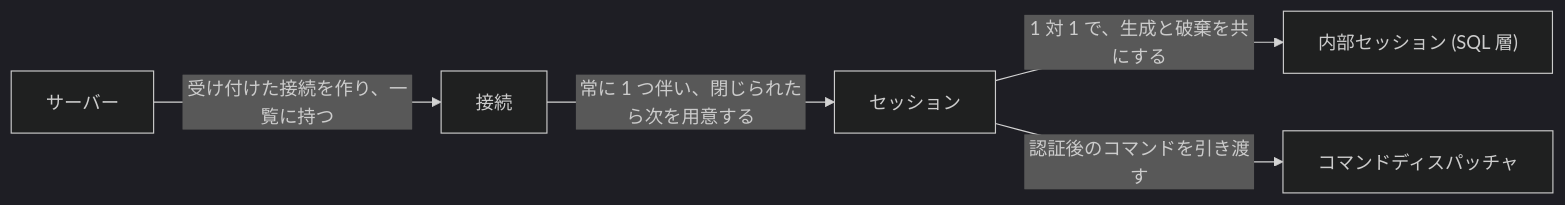
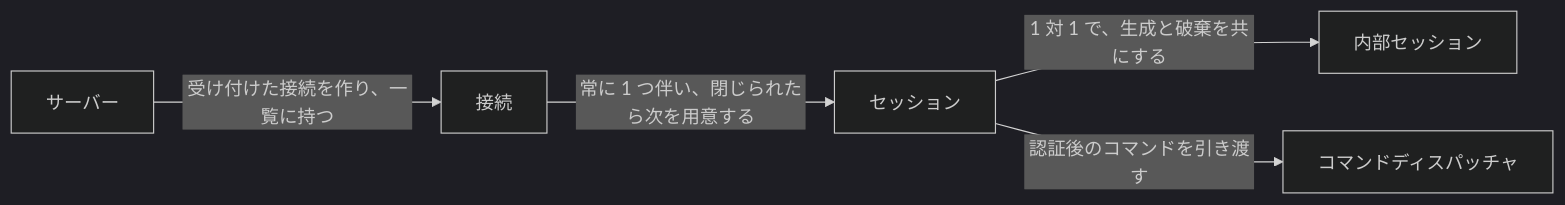
One commit to ren-yamanashi/minesql changed the first of 4 diagrams in docs/specification/connection/connection_handler.md. Above: the diagram before and after it, drawn with Mermaid (dark theme). The commit also changed 5 other files, not shown here.

````diff
--- a/docs/specification/connection/connection_handler.md
+++ b/docs/specification/connection/connection_handler.md
@@ -29,7 +29,7 @@
 ```mermaid
 flowchart LR
     S["サーバー"] -->|"受け付けた接続を作り、一覧に持つ"| C["接続"]
     C -->|"常に 1 つ伴い、閉じられたら次を用意する"| N["セッション"]
-    N -->|"1 対 1 で、生成と破棄を共にする"| I["内部セッション (SQL 層)"]
+    N -->|"1 対 1 で、生成と破棄を共にする"| I["内部セッション"]
     N -->|"認証後のコマンドを引き渡す"| D["コマンドディスパッチャ"]
 ```
````
